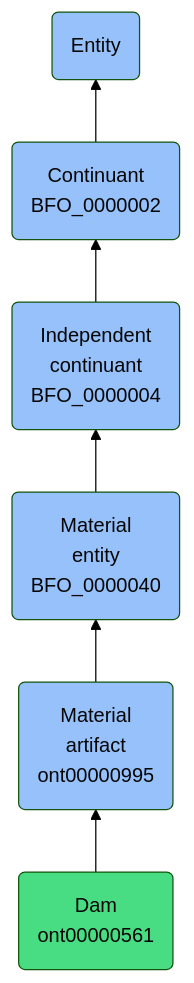
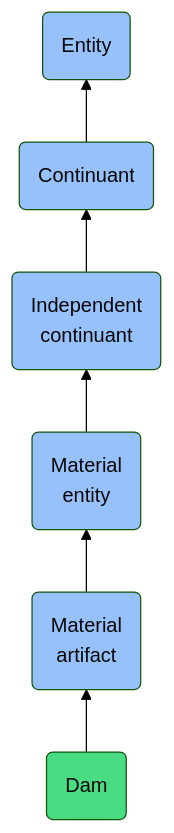
Before and after one commit to jupyter-naas/abi: the diagram in docs/ontology/reference/model/Entity/Continuant/Independent continuant/Material entity/Material artifact/Dam/Dam.md, drawn with Mermaid (forest theme). The commit also changed other lines of this file and 1430 other files, not shown here.

````diff
--- a/docs/ontology/reference/model/Entity/Continuant/Independent continuant/Material entity/Material artifact/Dam/Dam.md
+++ b/docs/ontology/reference/model/Entity/Continuant/Independent continuant/Material entity/Material artifact/Dam/Dam.md
@@ -24,13 +24,13 @@
 ```mermaid
 graph BT
-    ont00000561(Dam<br>ont00000561):::ABI-->ont00000995
-    ont00000995(Material<br>artifact<br>ont00000995):::BFO-->BFO_0000040
-    BFO_0000040(Material<br>entity<br>BFO_0000040):::BFO-->BFO_0000004
-    BFO_0000004(Independent<br>continuant<br>BFO_0000004):::BFO-->BFO_0000002
-    BFO_0000002(Continuant<br>BFO_0000002):::BFO-->BFO_0000001
+    ont00000561(Dam):::ABI-->ont00000995
+    ont00000995(Material<br>artifact):::BFO-->BFO_0000040
+    BFO_0000040(Material<br>entity):::BFO-->BFO_0000004
+    BFO_0000004(Independent<br>continuant):::BFO-->BFO_0000002
+    BFO_0000002(Continuant):::BFO-->BFO_0000001
     BFO_0000001(Entity):::BFO
     
     classDef BFO fill:#97c1fb,color:#060606
     classDef CCO fill:#e4c51e,color:#060606
     classDef ABI fill:#48DD82,color:#060606
 ```
````
